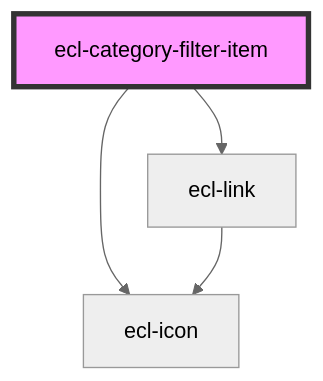
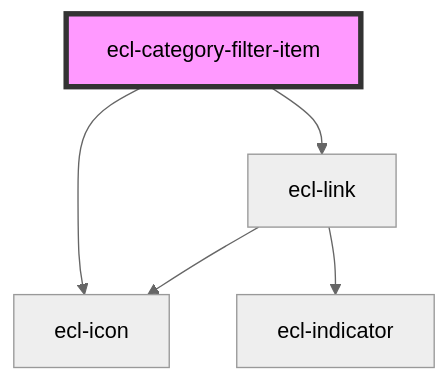
The diagram in src/components/ecl-category-filter/readme.md (ec-europa/ecl-webcomponents), drawn with Mermaid (neutral theme) before and after one commit. The commit also changed 32 other files, not shown here.

````diff
--- a/src/components/ecl-category-filter/readme.md
+++ b/src/components/ecl-category-filter/readme.md
@@ -30,7 +30,8 @@
 ```mermaid
 graph TD;
   ecl-category-filter-item --> ecl-link
   ecl-category-filter-item --> ecl-icon
   ecl-link --> ecl-icon
+  ecl-link --> ecl-indicator
   style ecl-category-filter-item fill:#f9f,stroke:#333,stroke-width:4px
 ```
````
